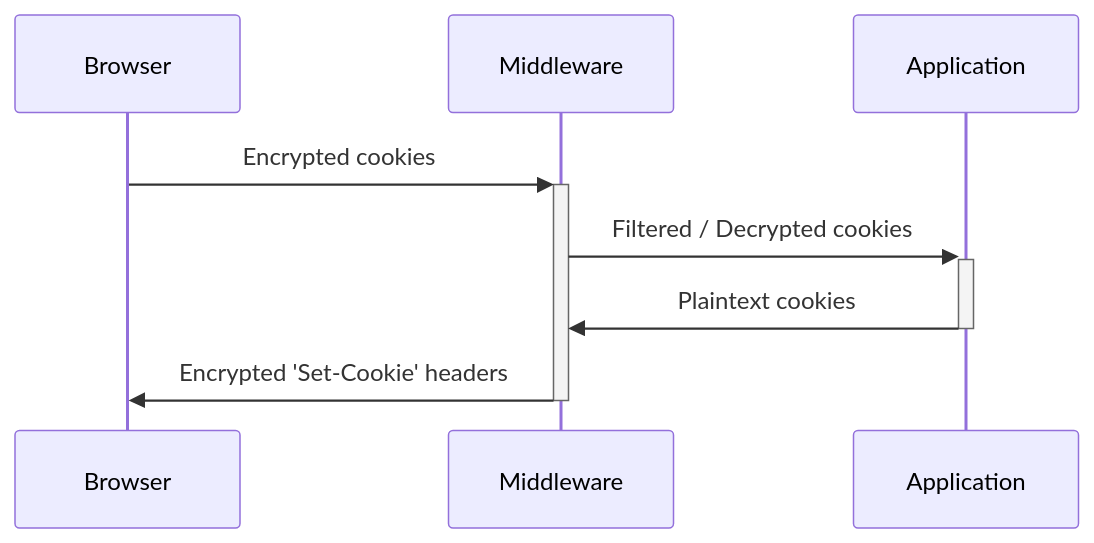
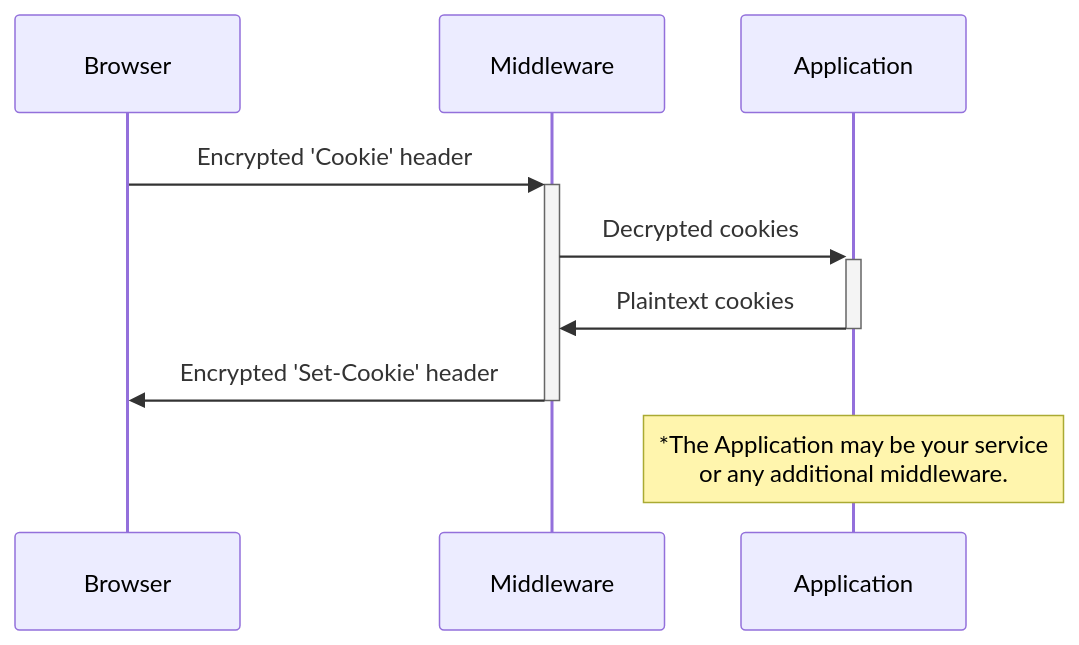
The diagram in README.md (thearchitector/starlette-securecookies), drawn with Mermaid before and after one commit. The commit also changed other lines of this file and 15 other files, not shown here.

````diff
--- a/README.md
+++ b/README.md
@@ -14,7 +14,8 @@
 ```mermaid
 sequenceDiagram
-    Browser->>+Middleware: Encrypted cookies
-    Middleware->>+Application: Filtered / Decrypted cookies
+    Browser->>+Middleware: Encrypted 'Cookie' header
+    Middleware->>+Application: Decrypted cookies
     Application->>-Middleware: Plaintext cookies
-    Middleware->>-Browser: Encrypted 'Set-Cookie' headers
+    Middleware->>-Browser: Encrypted 'Set-Cookie' header
+    Note over Application: *The Application may be your service<br />or any additional middleware.
 ```
````
